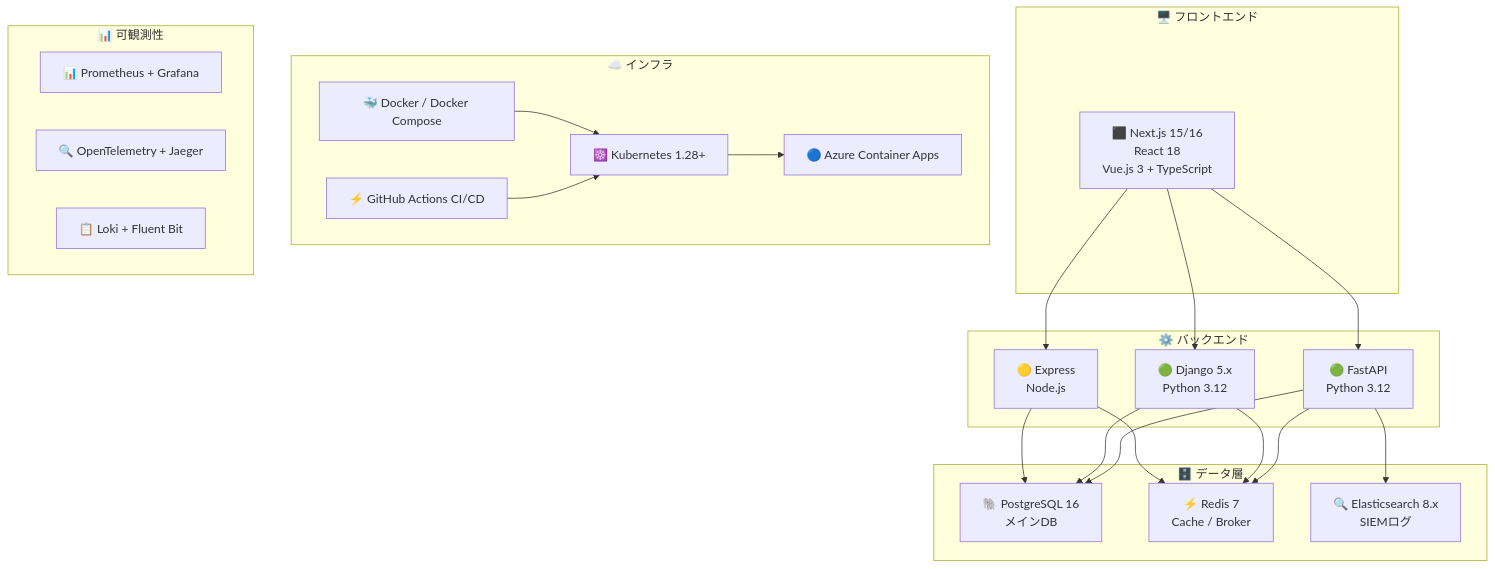
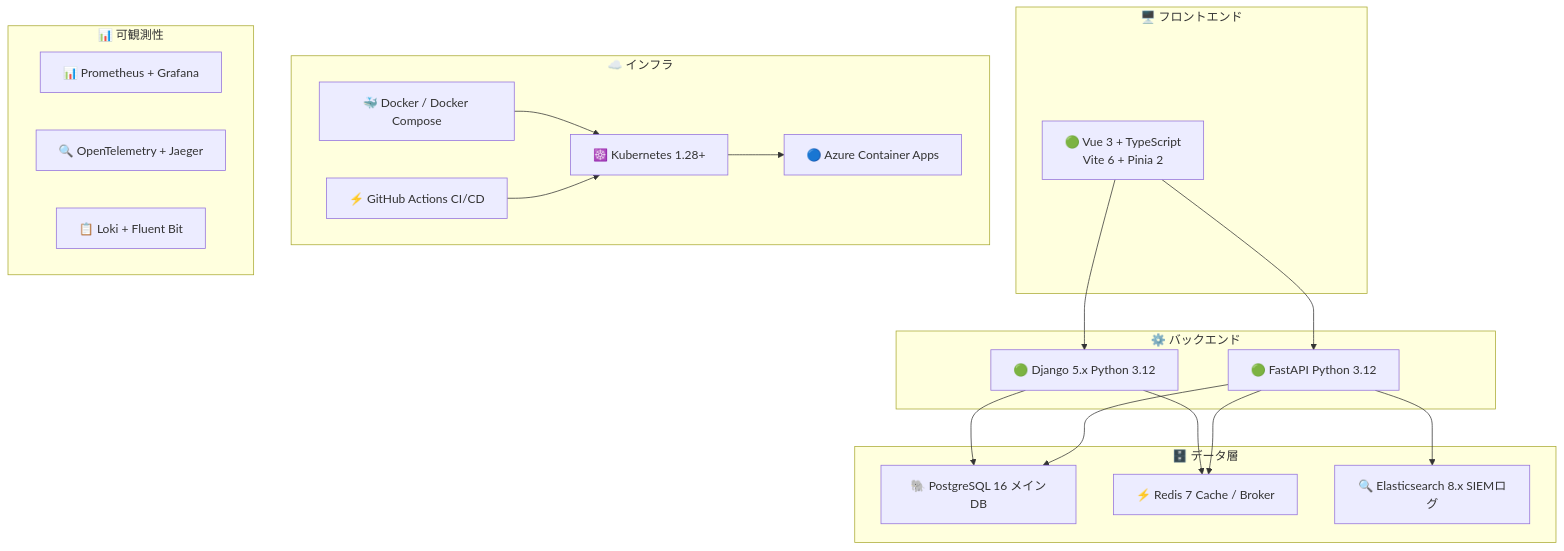
The sixth of 8 diagrams in README.md (Kensan196948G/Construction-DX-One-System), drawn with Mermaid before and after one commit. The commit also changed other lines of this file and 6 other files, not shown here.

````diff
--- a/README.md
+++ b/README.md
@@ -428,45 +381,36 @@
 ```mermaid
 graph TB
     subgraph Frontend["🖥️ フロントエンド"]
-        NJ["⬛ Next.js 15/16<br/>React 18<br/>Vue.js 3 + TypeScript"]
+        VUE["🟢 Vue 3 + TypeScript<br/>Vite 6 + Pinia 2"]
     end
-
     subgraph Backend["⚙️ バックエンド"]
-        FA["🟢 FastAPI<br/>Python 3.12"]
-        DJ["🟢 Django 5.x<br/>Python 3.12"]
-        EX["🟡 Express<br/>Node.js"]
+        FA["🟢 FastAPI Python 3.12"]
+        DJ["🟢 Django 5.x Python 3.12"]
     end
-
     subgraph Data["🗄️ データ層"]
-        PG["🐘 PostgreSQL 16<br/>メインDB"]
-        RD["⚡ Redis 7<br/>Cache / Broker"]
-        ES["🔍 Elasticsearch 8.x<br/>SIEMログ"]
+        PG["🐘 PostgreSQL 16 メインDB"]
+        RD["⚡ Redis 7 Cache / Broker"]
+        ES["🔍 Elasticsearch 8.x SIEMログ"]
     end
-
     subgraph Infra["☁️ インフラ"]
         DK["🐳 Docker / Docker Compose"]
         K8["☸️ Kubernetes 1.28+"]
         GH["⚡ GitHub Actions CI/CD"]
         AZ["🔵 Azure Container Apps"]
     end
-
     subgraph Observability["📊 可観測性"]
         PM["📊 Prometheus + Grafana"]
         OT["🔍 OpenTelemetry + Jaeger"]
         LK["📋 Loki + Fluent Bit"]
     end
-
-    NJ --> FA
-    NJ --> DJ
-    NJ --> EX
+    VUE --> FA
+    VUE --> DJ
     FA --> PG
     DJ --> PG
-    EX --> PG
     FA --> RD
     DJ --> RD
-    EX --> RD
     FA --> ES
     DK --> K8
     K8 --> AZ
     GH --> K8
 ```
````
